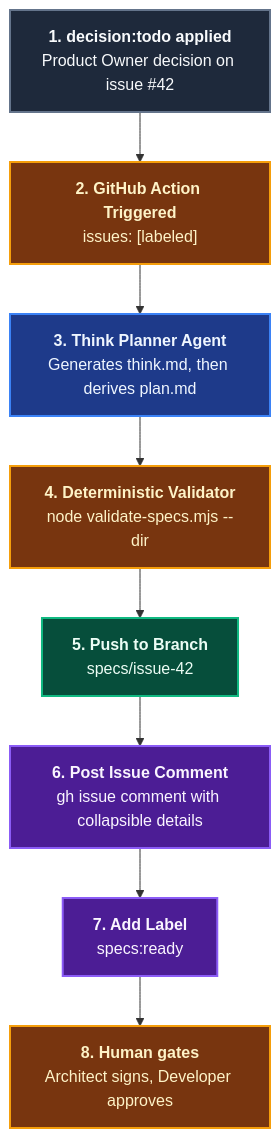
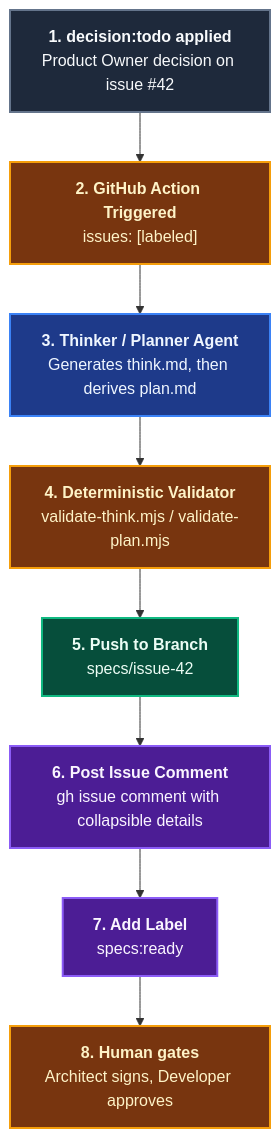
One commit to ALTEN-group/coding-pal changed the second of 2 diagrams in website/docs/guide/domain-think-plan.md. Above: the diagram before and after it, drawn with Mermaid. The commit also changed other lines of this file and 60 other files, not shown here.

````diff
--- a/website/docs/guide/domain-think-plan.md
+++ b/website/docs/guide/domain-think-plan.md
@@ -171,25 +172,25 @@
 ```mermaid
 ---
 caption: GitHub Actions Issue-to-Specification Workflow
 ---
 flowchart TD
     ISSUE["<b>1. decision:todo applied</b><br/>Product Owner decision on issue #42"] --> ACT["<b>2. GitHub Action Triggered</b><br/>issues: [labeled]"]
-    ACT --> AG["<b>3. Think Planner Agent</b><br/>Generates think.md, then derives plan.md"]
-    AG --> VAL["<b>4. Deterministic Validator</b><br/>node validate-specs.mjs --dir"]
+    ACT --> AG["<b>3. Thinker / Planner Agent</b><br/>Generates think.md, then derives plan.md"]
+    AG --> VAL["<b>4. Deterministic Validator</b><br/>validate-think.mjs / validate-plan.mjs"]
     VAL --> BR["<b>5. Push to Branch</b><br/>specs/issue-42"]
     BR --> COM["<b>6. Post Issue Comment</b><br/>gh issue comment with collapsible details"]
     COM --> LBL["<b>7. Add Label</b><br/>specs:ready"]
     LBL --> HUM["<b>8. Human gates</b><br/>Architect signs, Developer approves"]
 
     classDef input fill:#1e293b,stroke:#64748b,stroke-width:2px,color:#f8fafc;
     classDef runner fill:#78350f,stroke:#f59e0b,stroke-width:2px,color:#fef3c7;
     classDef agent fill:#1e3a8a,stroke:#3b82f6,stroke-width:2px,color:#eff6ff;
     classDef git fill:#064e3b,stroke:#10b981,stroke-width:2px,color:#ecfdf5;
     classDef notify fill:#4c1d95,stroke:#8b5cf6,stroke-width:2px,color:#faf5ff;
 
     class ISSUE input;
     class ACT,VAL,HUM runner;
     class AG agent;
     class BR git;
     class COM,LBL notify;
 ```
````
